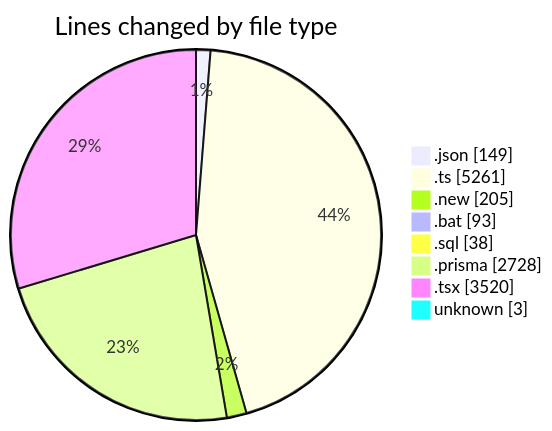
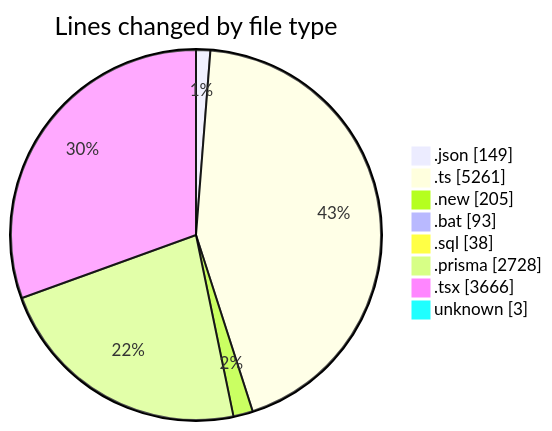
Before and after one commit to CELIANVF/code-tracking: the first of 2 diagrams in 2025-05-20/ecodeli-1/README.md, drawn with Mermaid. The commit also changed other lines of this file and 1 other file, not shown here.

````diff
--- a/2025-05-20/ecodeli-1/README.md
+++ b/2025-05-20/ecodeli-1/README.md
@@ -66,12 +68,12 @@
 ```mermaid
 pie showData
 title Lines changed by file type
 ".json" : 149
 ".ts" : 5261
 ".new" : 205
 ".bat" : 93
 ".sql" : 38
 ".prisma" : 2728
-".tsx" : 3520
+".tsx" : 3666
 "unknown" : 3
 ```
````
